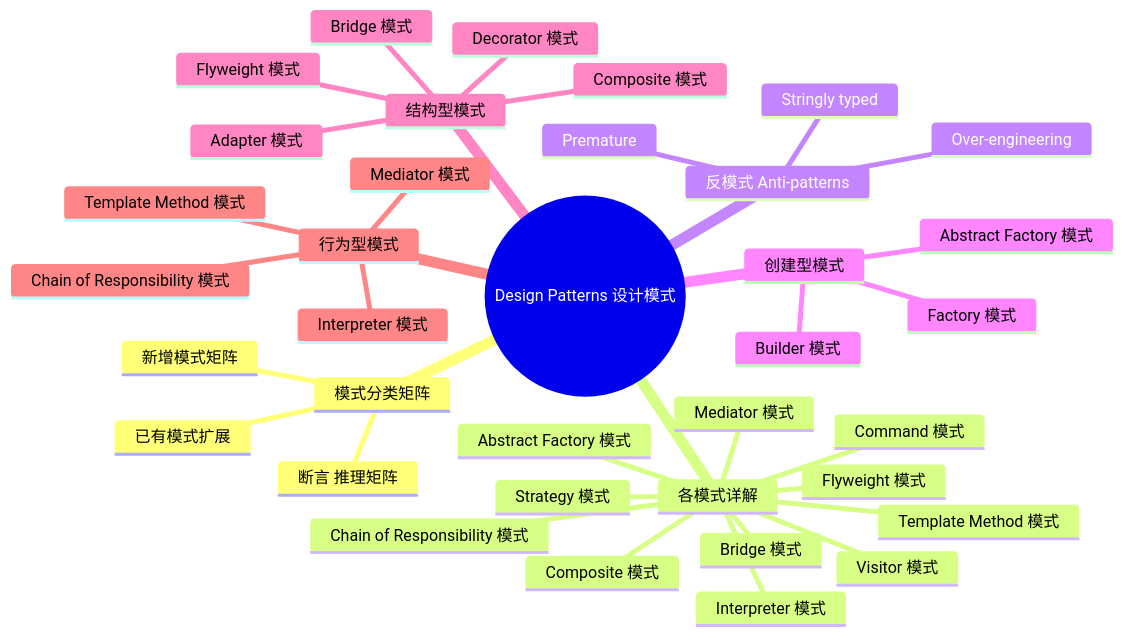
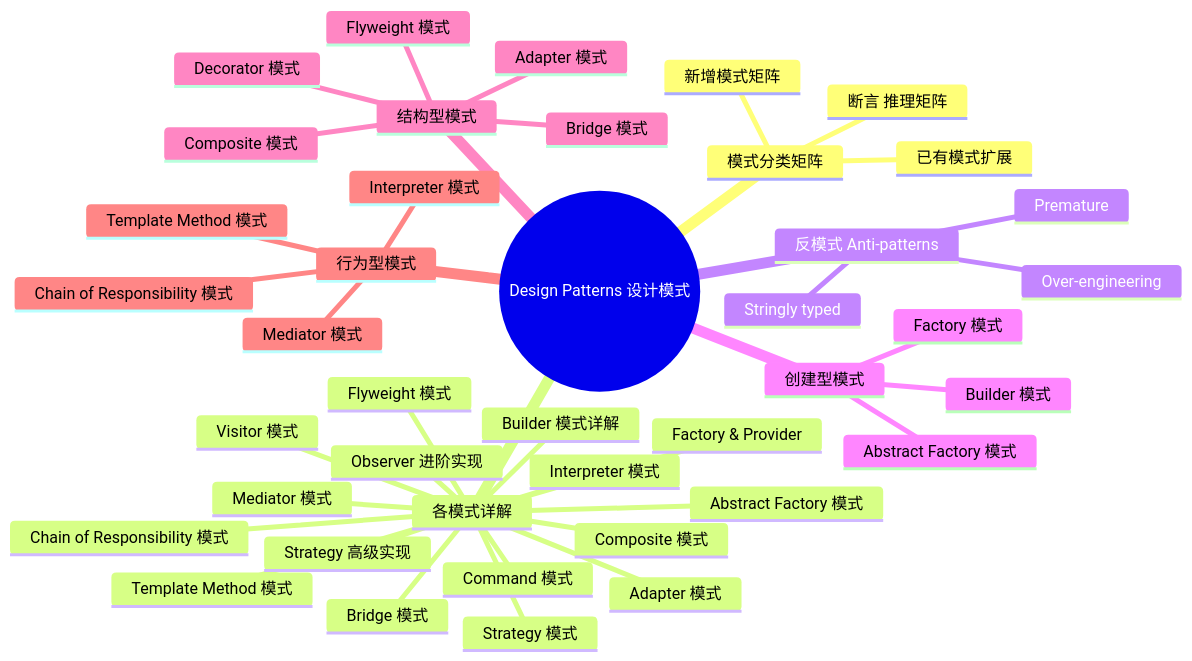
Before and after one commit to martin-ly/rust-lang: diagram 16 of 16 in concept/06_ecosystem/03_design_patterns/01_patterns.md, drawn with Mermaid. The commit also changed other lines of this file and 85 other files, not shown here.

````diff
--- a/concept/06_ecosystem/03_design_patterns/01_patterns.md
+++ b/concept/06_ecosystem/03_design_patterns/01_patterns.md
@@ -5120,39 +5120,44 @@
 ```mermaid
 mindmap
   root((Design Patterns 设计模式))
     模式分类矩阵
       已有模式扩展
       新增模式矩阵
       断言 推理矩阵
     各模式详解
       Command 模式
       Visitor 模式
       Strategy 模式
       Abstract Factory 模式
       Bridge 模式
       Composite 模式
       Flyweight 模式
       Mediator 模式
       Interpreter 模式
       Chain of Responsibility 模式
       Template Method 模式
+      Strategy 高级实现
+      Observer 进阶实现
+      Builder 模式详解
+      Factory & Provider
+      Adapter 模式
     反模式 Anti-patterns
       Over-engineering
       Premature
       Stringly typed
     创建型模式
       Builder 模式
       Factory 模式
       Abstract Factory 模式
     结构型模式
       Adapter 模式
       Bridge 模式
       Composite 模式
       Decorator 模式
       Flyweight 模式
     行为型模式
       Chain of Responsibility 模式
       Interpreter 模式
       Mediator 模式
       Template Method 模式
 ```
````
